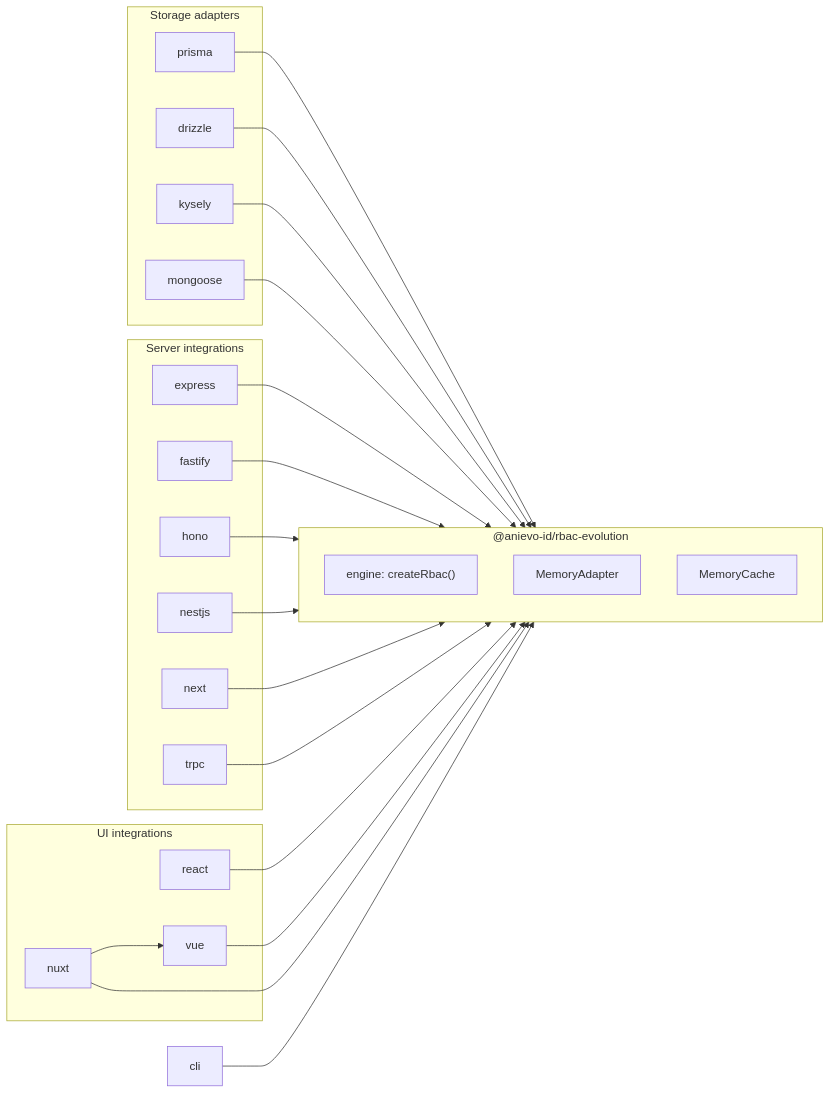
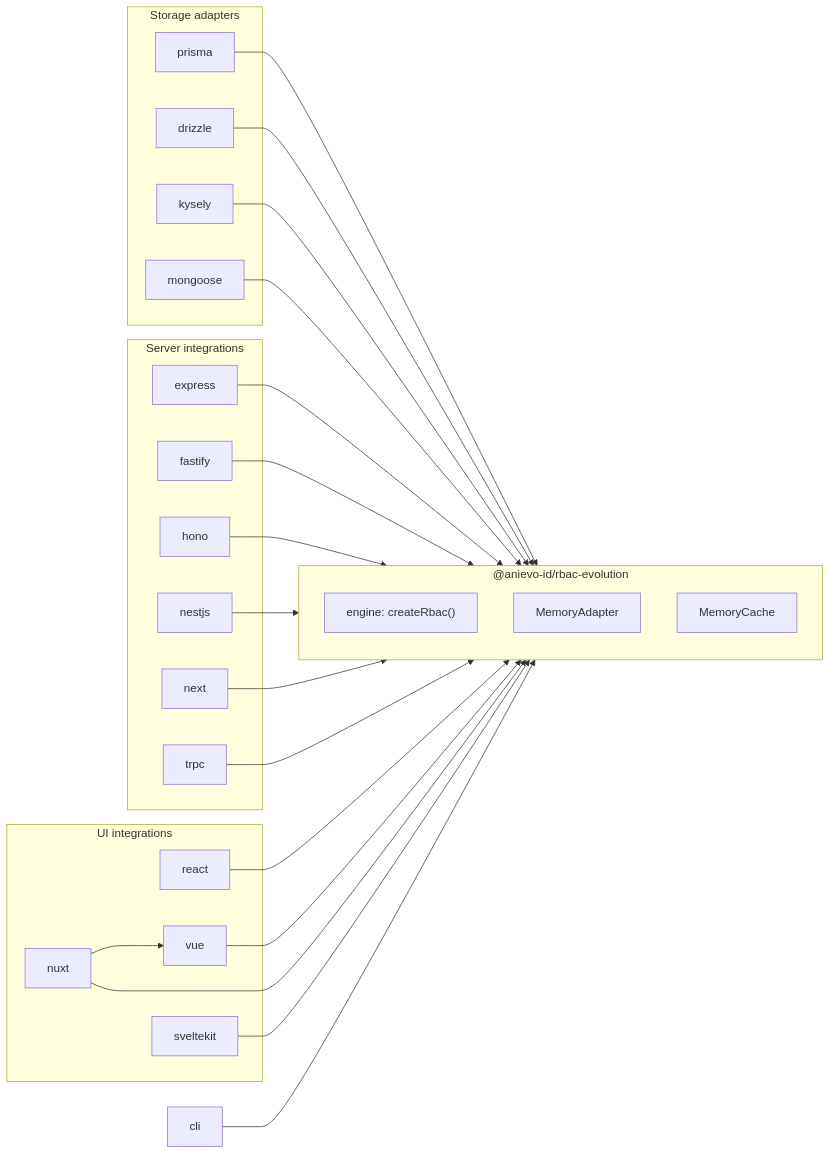
One commit to AniEvo-ID/rbac-evolution changed the first of 8 diagrams in docs/guide/how-it-works.md. Above: the diagram before and after it, drawn with Mermaid. The commit also changed other lines of this file and 46 other files, not shown here.

````diff
--- a/docs/guide/how-it-works.md
+++ b/docs/guide/how-it-works.md
@@ -17,48 +17,50 @@
 ```mermaid
 flowchart LR
   subgraph adapters["Storage adapters"]
     prisma["prisma"]
     drizzle["drizzle"]
     kysely["kysely"]
     mongoose["mongoose"]
   end
 
   subgraph core["@anievo-id/rbac-evolution"]
     engine["engine: createRbac()"]
     memory["MemoryAdapter"]
     cache["MemoryCache"]
   end
 
   subgraph server["Server integrations"]
     express["express"]
     fastify["fastify"]
     hono["hono"]
     nestjs["nestjs"]
     next["next"]
     trpc["trpc"]
   end
 
   subgraph ui["UI integrations"]
     react["react"]
     vue["vue"]
     nuxt["nuxt"]
+    sveltekit["sveltekit"]
   end
 
   cli["cli"]
 
   prisma --> core
   drizzle --> core
   kysely --> core
   mongoose --> core
   express --> core
   fastify --> core
   hono --> core
   nestjs --> core
   next --> core
   trpc --> core
   react --> core
   vue --> core
   nuxt --> core
   nuxt --> vue
+  sveltekit --> core
   cli --> core
 ```
````
